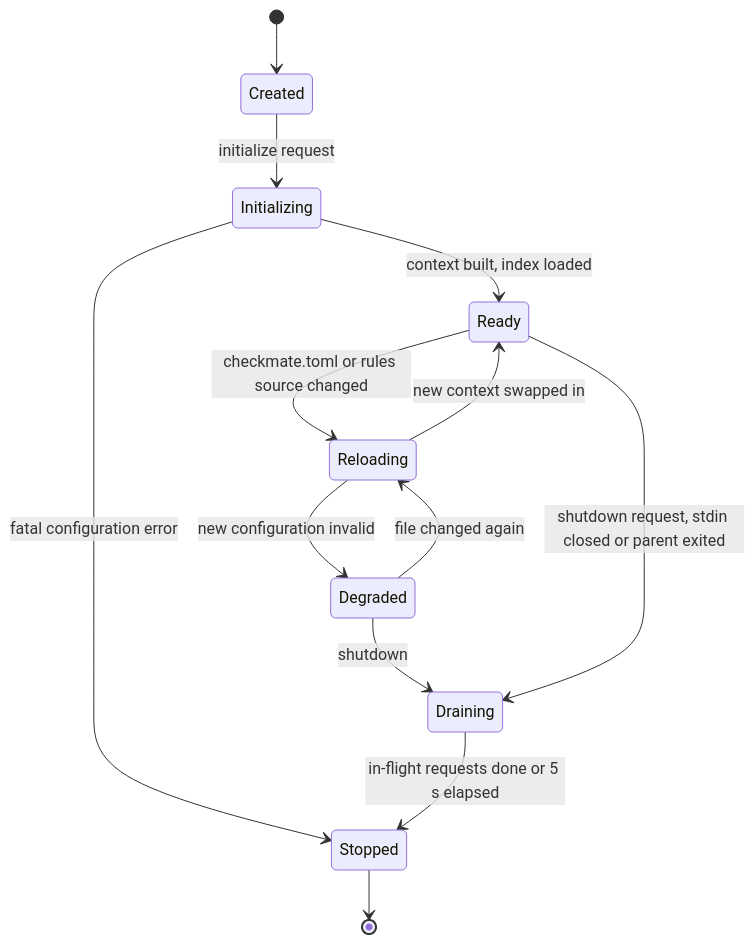
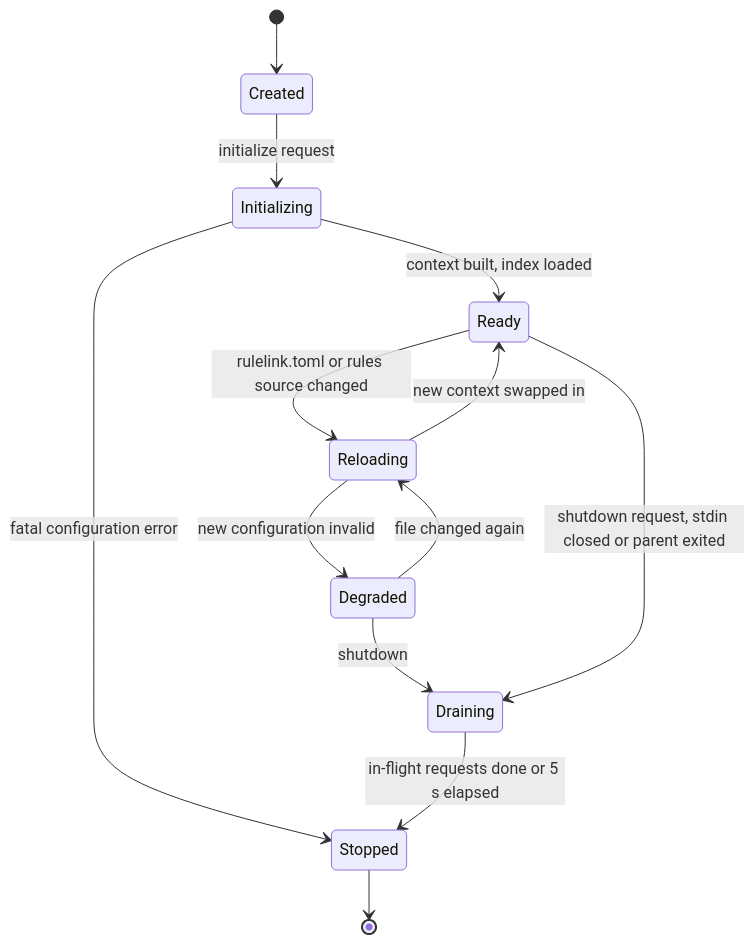
Before and after one commit to E-Jacques/Rulelink: the third of 5 diagrams in docs/architecture/10-runtime-lifecycle.md, drawn with Mermaid. The commit also changed other lines of this file and 126 other files, not shown here.

First line of the commit message:
chore: rename the project from Checkmate to Rulelink (#6)

````diff
--- a/docs/architecture/10-runtime-lifecycle.md
+++ b/docs/architecture/10-runtime-lifecycle.md
@@ -143,15 +143,15 @@
 ```mermaid
 stateDiagram-v2
     [*] --> Created
     Created --> Initializing : initialize request
     Initializing --> Ready : context built, index loaded
     Initializing --> Stopped : fatal configuration error
-    Ready --> Reloading : checkmate.toml or rules source changed
+    Ready --> Reloading : rulelink.toml or rules source changed
     Reloading --> Ready : new context swapped in
     Reloading --> Degraded : new configuration invalid
     Degraded --> Reloading : file changed again
     Degraded --> Draining : shutdown
     Ready --> Draining : shutdown request, stdin closed or parent exited
     Draining --> Stopped : in-flight requests done or 5 s elapsed
     Stopped --> [*]
 ```
````
